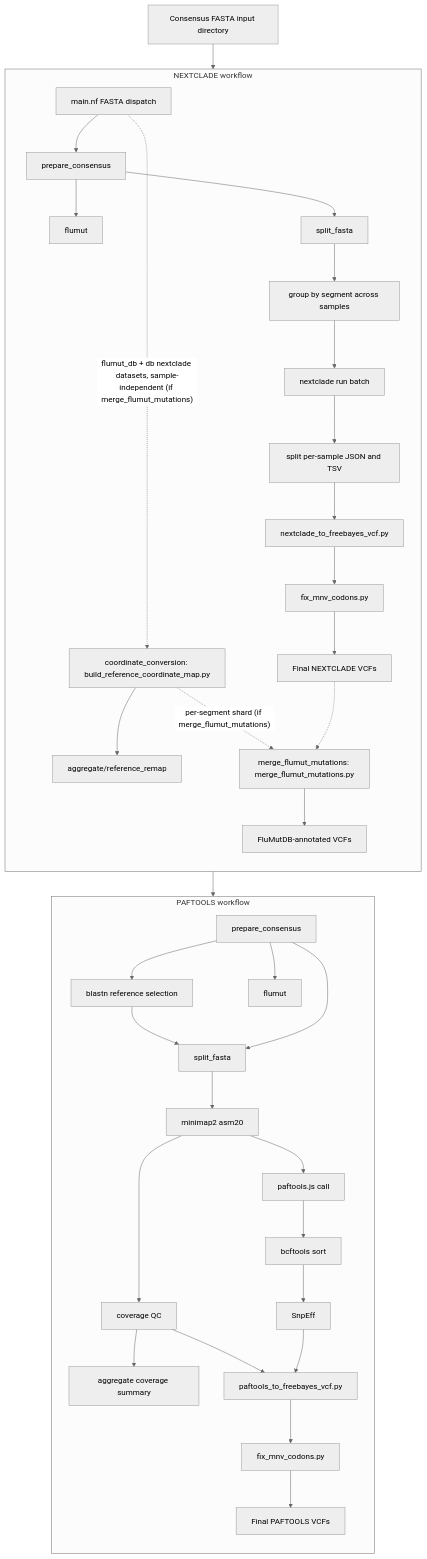
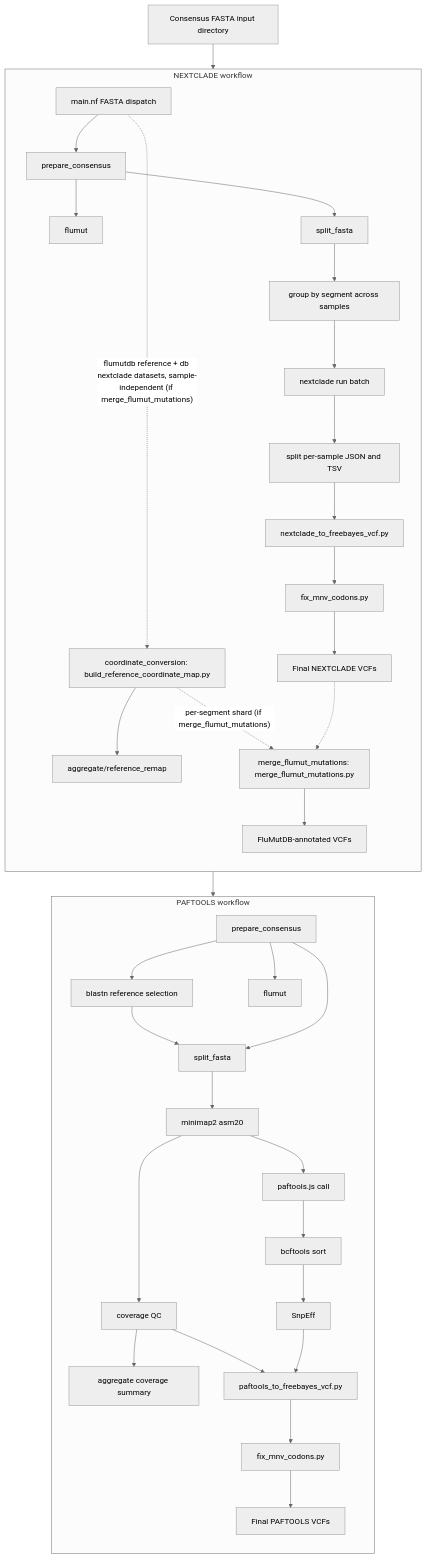
Before and after one commit to BCCDC-PHL/fluscan-nf: the diagram in README.md, drawn with Mermaid (neutral theme). The commit also changed other lines of this file and 18 other files, not shown here.

````diff
--- a/README.md
+++ b/README.md
@@ -44,72 +44,72 @@
 ```mermaid
 flowchart TD
     input[Consensus FASTA input directory]
     dispatch[main.nf FASTA dispatch]
 
     input --> dispatch
     dispatch --> paftools_prepare
     dispatch --> nextclade_prepare
 
     subgraph PAFTOOLS[PAFTOOLS workflow]
         direction TB
         paftools_prepare[prepare_consensus]
         paftools_flumut[flumut]
         blastn[blastn reference selection]
         split_ref[split_fasta]
         minimap[minimap2 asm20]
         covqc[coverage QC]
         covagg[aggregate coverage summary]
         paftools_call[paftools.js call]
         sortvcf[bcftools sort]
         snpeff[SnpEff]
         paf2fb[paftools_to_freebayes_vcf.py]
         fixmnv_paf[fix_mnv_codons.py]
         paf_final[Final PAFTOOLS VCFs]
 
         paftools_prepare --> blastn
         paftools_prepare --> paftools_flumut
         paftools_prepare --> split_ref
         blastn --> split_ref
         split_ref --> minimap
         minimap --> covqc
         covqc --> covagg
         minimap --> paftools_call
         paftools_call --> sortvcf
         sortvcf --> snpeff
         snpeff --> paf2fb
         covqc --> paf2fb
         paf2fb --> fixmnv_paf
         fixmnv_paf --> paf_final
     end
 
     subgraph NEXTCLADE[NEXTCLADE workflow]
         direction TB
         nextclade_prepare[prepare_consensus]
         nextclade_flumut[flumut]
         split_consensus[split_fasta]
         groupseg[group by segment across samples]
         nc_run[nextclade run batch]
         split_results[split per-sample JSON and TSV]
         nc2vcf[nextclade_to_freebayes_vcf.py]
         fixmnv_nc[fix_mnv_codons.py]
         nc_final[Final NEXTCLADE VCFs]
         coord_map[coordinate_conversion: build_reference_coordinate_map.py]
         coord_final[aggregate/reference_remap]
         flumut_merge[merge_flumut_mutations: merge_flumut_mutations.py]
         flumut_annotated[FluMutDB-annotated VCFs]
 
         nextclade_prepare --> nextclade_flumut
         nextclade_prepare --> split_consensus
         split_consensus --> groupseg
         groupseg --> nc_run
         nc_run --> split_results
         split_results --> nc2vcf
         nc2vcf --> fixmnv_nc
         fixmnv_nc --> nc_final
-        dispatch -.->|"flumut_db + db nextclade datasets, sample-independent (if merge_flumut_mutations)"| coord_map
+        dispatch -.->|"flumutdb reference + db nextclade datasets, sample-independent (if merge_flumut_mutations)"| coord_map
         coord_map --> coord_final
         coord_map -.->|"per-segment shard (if merge_flumut_mutations)"| flumut_merge
         nc_final -.-> flumut_merge
         flumut_merge --> flumut_annotated
     end
 ```
````
